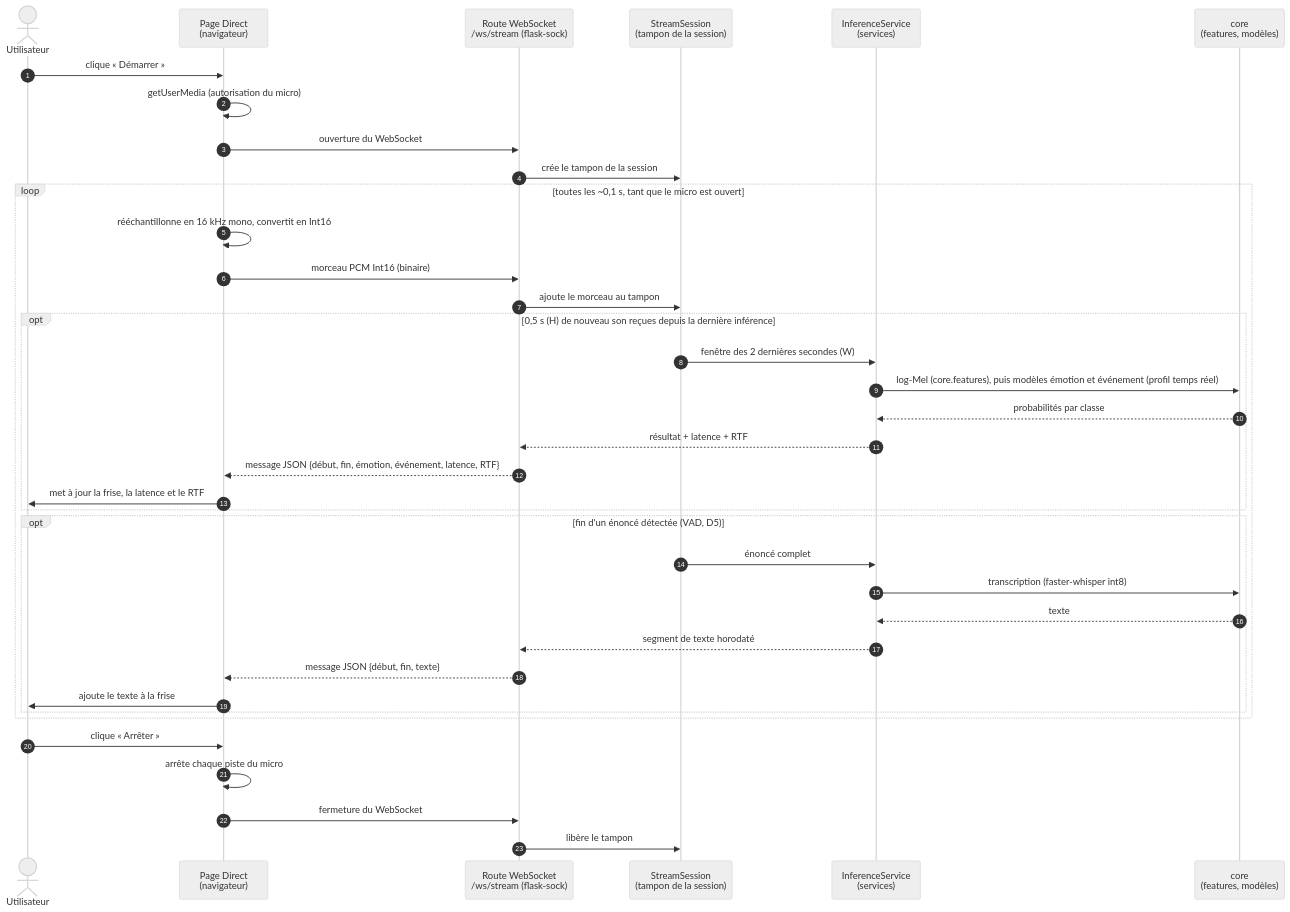
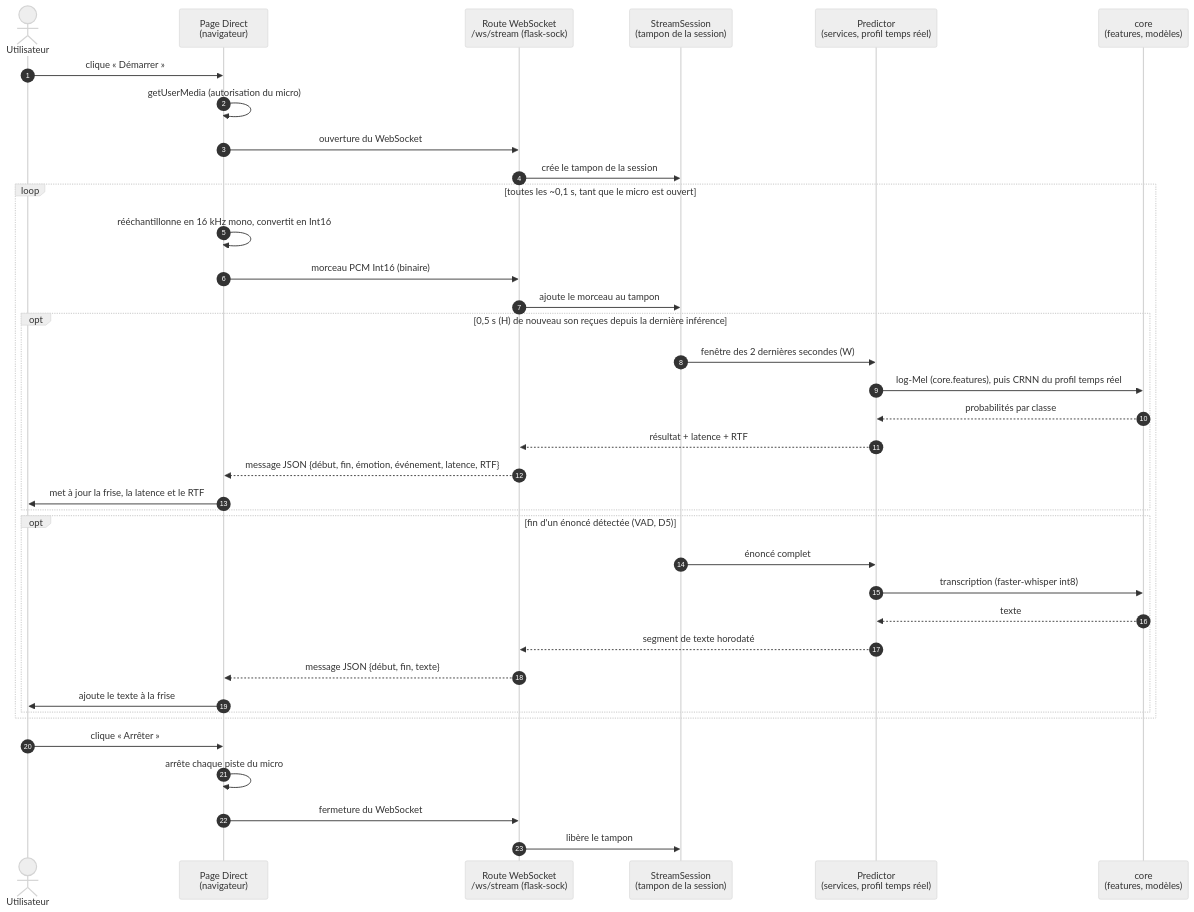
One commit to mentalist011101/TP_SIGNAL_DS changed the diagram in docs/uml/sequence-flux-micro.md. Above: the diagram before and after it, drawn with Mermaid (neutral theme). The commit also changed other lines of this file and 6 other files, not shown here.

First line of the commit message:
docs(uml): met les diagrammes à jour après C13 et la PR #28, et ajoute leur fiche de révision (N3)

````diff
--- a/docs/uml/sequence-flux-micro.md
+++ b/docs/uml/sequence-flux-micro.md
@@ -17,44 +18,44 @@
 ```mermaid
 sequenceDiagram
     autonumber
     actor U as Utilisateur
     participant P as Page Direct<br>(navigateur)
     participant WS as Route WebSocket<br>/ws/stream (flask-sock)
     participant S as StreamSession<br>(tampon de la session)
-    participant I as InferenceService<br>(services)
+    participant I as Predictor<br>(services, profil temps réel)
     participant C as core<br>(features, modèles)
 
     U->>P: clique « Démarrer »
     P->>P: getUserMedia (autorisation du micro)
     P->>WS: ouverture du WebSocket
     WS->>S: crée le tampon de la session
 
     loop toutes les ~0,1 s, tant que le micro est ouvert
         P->>P: rééchantillonne en 16 kHz mono, convertit en Int16
         P->>WS: morceau PCM Int16 (binaire)
         WS->>S: ajoute le morceau au tampon
 
         opt 0,5 s (H) de nouveau son reçues depuis la dernière inférence
             S->>I: fenêtre des 2 dernières secondes (W)
-            I->>C: log-Mel (core.features), puis modèles émotion et événement (profil temps réel)
+            I->>C: log-Mel (core.features), puis CRNN du profil temps réel
             C-->>I: probabilités par classe
             I-->>WS: résultat + latence + RTF
             WS-->>P: message JSON {début, fin, émotion, événement, latence, RTF}
             P->>U: met à jour la frise, la latence et le RTF
         end
 
         opt fin d'un énoncé détectée (VAD, D5)
             S->>I: énoncé complet
             I->>C: transcription (faster-whisper int8)
             C-->>I: texte
             I-->>WS: segment de texte horodaté
             WS-->>P: message JSON {début, fin, texte}
             P->>U: ajoute le texte à la frise
         end
     end
 
     U->>P: clique « Arrêter »
     P->>P: arrête chaque piste du micro
     P->>WS: fermeture du WebSocket
     WS->>S: libère le tampon
 ```
````
